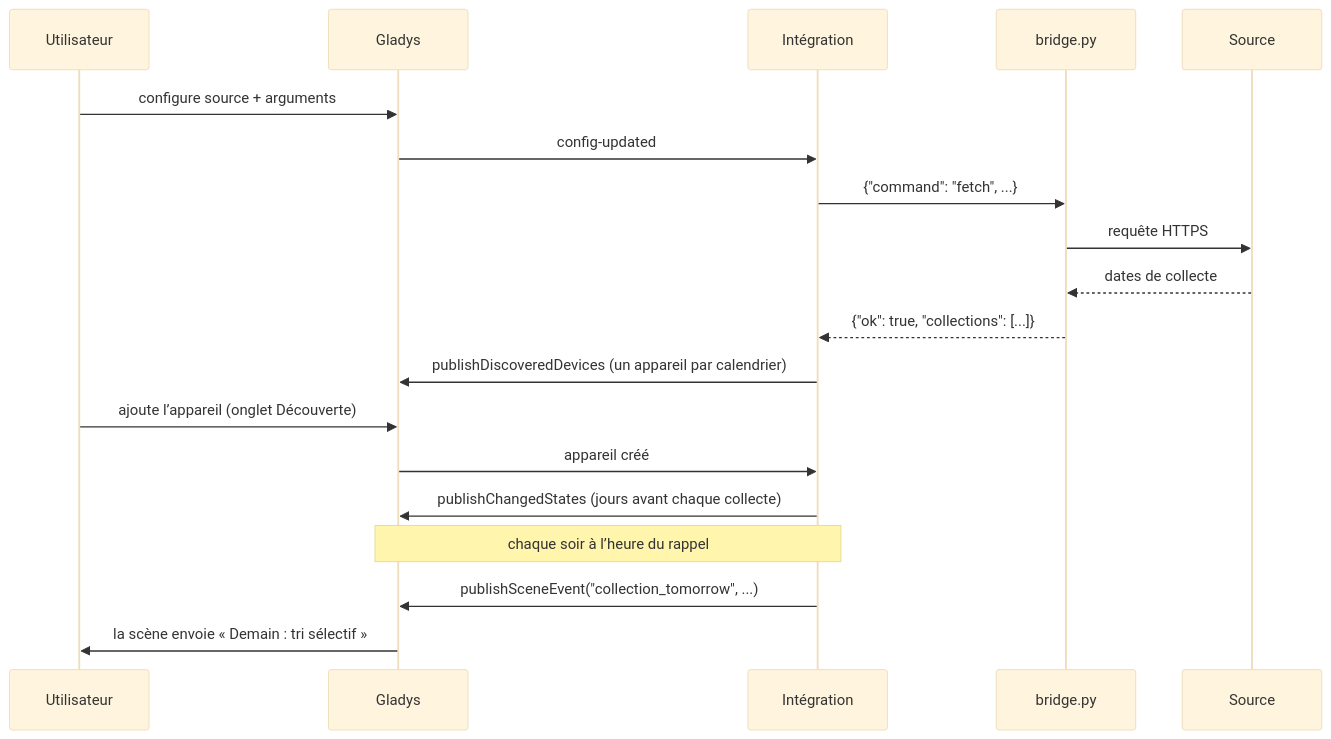
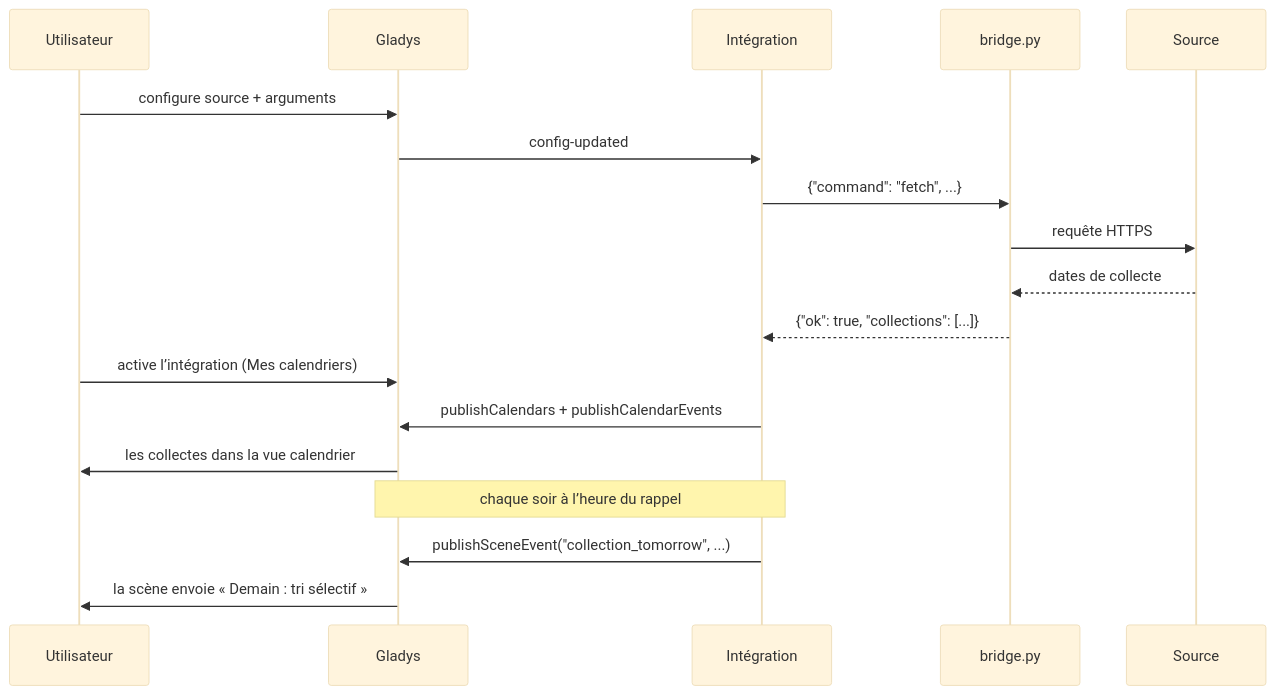
Before and after one commit to William-De71/gladys-waste-collection-schedule: the second of 3 diagrams in README.fr.md, drawn with Mermaid (base theme). The commit also changed other lines of this file and 24 other files, not shown here.

````diff
--- a/README.fr.md
+++ b/README.fr.md
@@ -52,21 +50,20 @@
 ```mermaid
 sequenceDiagram
   participant U as Utilisateur
   participant G as Gladys
   participant I as Intégration
   participant P as bridge.py
   participant S as Source
   U->>G: configure source + arguments
   G->>I: config-updated
   I->>P: {"command": "fetch", ...}
   P->>S: requête HTTPS
   S-->>P: dates de collecte
   P-->>I: {"ok": true, "collections": [...]}
-  I->>G: publishDiscoveredDevices (un appareil par calendrier)
-  U->>G: ajoute l’appareil (onglet Découverte)
-  G->>I: appareil créé
-  I->>G: publishChangedStates (jours avant chaque collecte)
+  U->>G: active l’intégration (Mes calendriers)
+  I->>G: publishCalendars + publishCalendarEvents
+  G->>U: les collectes dans la vue calendrier
   Note over I,G: chaque soir à l’heure du rappel
   I->>G: publishSceneEvent("collection_tomorrow", ...)
   G->>U: la scène envoie « Demain : tri sélectif »
 ```
````
